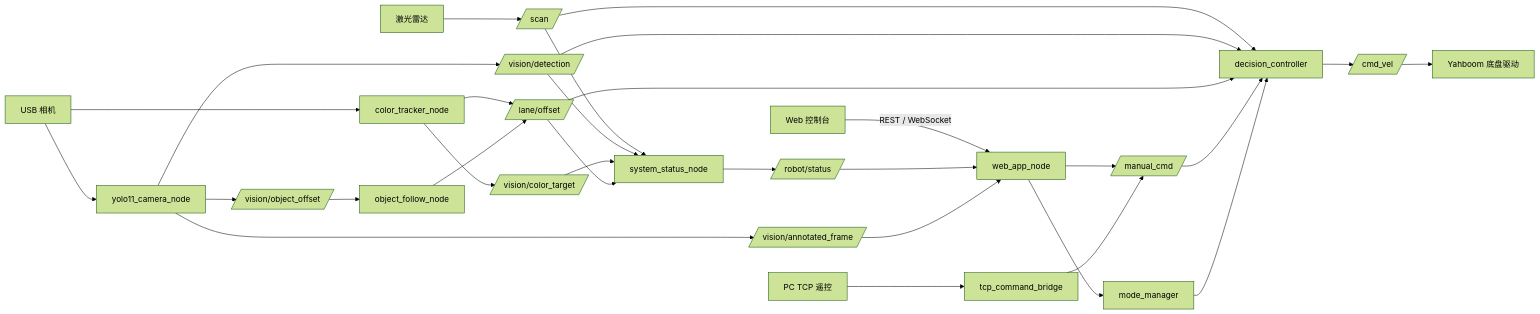
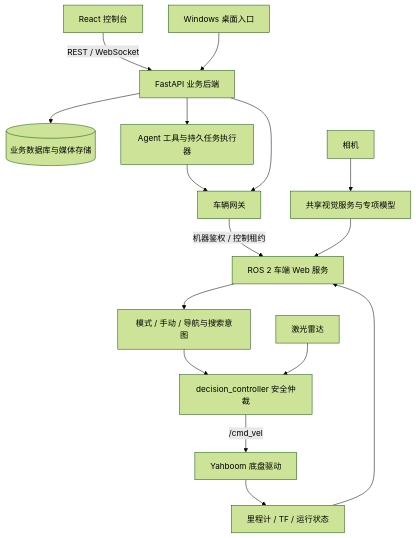
Before and after one commit to xbai55/ros2-smart-car: the diagram in README.md, drawn with Mermaid (forest theme). The commit also changed other lines of this file and 3 other files, not shown here.

````diff
--- a/README.md
+++ b/README.md
@@ -75,35 +41,18 @@
 ```mermaid
-flowchart LR
-    WEB[Web 控制台] -->|REST / WebSocket| WN[web_app_node]
-    TCP[PC TCP 遥控] --> TB[tcp_command_bridge]
-    WN --> MM[mode_manager]
-    WN --> MC[/manual_cmd/]
-    TB --> MC
-
-    CAM[USB 相机] --> YOLO[yolo11_camera_node]
-    CAM --> COLOR[color_tracker_node]
-    YOLO --> DET[/vision/detection/]
-    YOLO --> OBJ[/vision/object_offset/]
-    YOLO --> FRAME[/vision/annotated_frame/]
-    COLOR --> CT[/vision/color_target/]
-    COLOR --> LANE[/lane/offset/]
-    OBJ --> OF[object_follow_node]
-    OF --> LANE
-
-    LIDAR[激光雷达] --> SCAN[/scan/]
-    SCAN --> DC[decision_controller]
-    SCAN --> SS[system_status_node]
-    DET --> DC
-    LANE --> DC
-    MC --> DC
-    MM --> DC
-    DC --> CMD[/cmd_vel/]
-    CMD --> BASE[Yahboom 底盘驱动]
-
-    DET --> SS
-    CT --> SS
-    LANE --> SS
-    SS --> STATUS[/robot/status/]
-    STATUS --> WN
-    FRAME --> WN
+flowchart TB
+    UI[React 控制台] -->|REST / WebSocket| API[FastAPI 业务后端]
+    DESKTOP[Windows 桌面入口] --> API
+    API --> DB[(业务数据库与媒体存储)]
+    API --> AGENT[Agent 工具与持久任务执行器]
+    AGENT --> GATEWAY[车辆网关]
+    API --> GATEWAY
+    GATEWAY -->|机器鉴权 / 控制租约| VEHICLE[ROS 2 车端 Web 服务]
+    VEHICLE --> INTENT[模式 / 手动 / 导航与搜索意图]
+    INTENT --> CONTROL[decision_controller 安全仲裁]
+    LIDAR[激光雷达] --> CONTROL
+    CAMERA[相机] --> VISION[共享视觉服务与专项模型]
+    VISION --> VEHICLE
+    CONTROL -->|/cmd_vel| DRIVER[Yahboom 底盘驱动]
+    DRIVER --> STATUS[里程计 / TF / 运行状态]
+    STATUS --> VEHICLE
 ```
````
